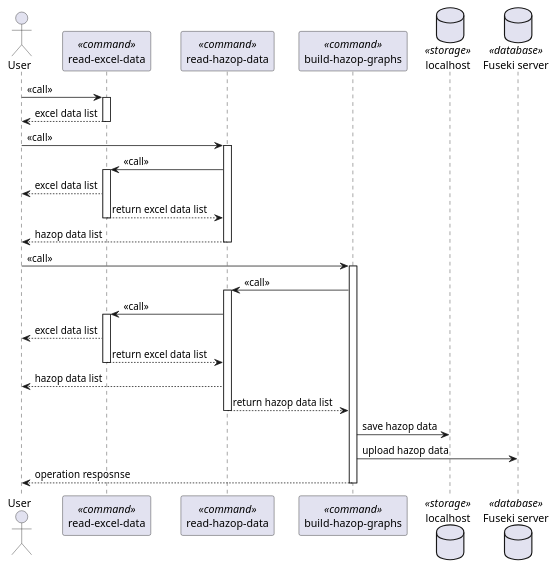
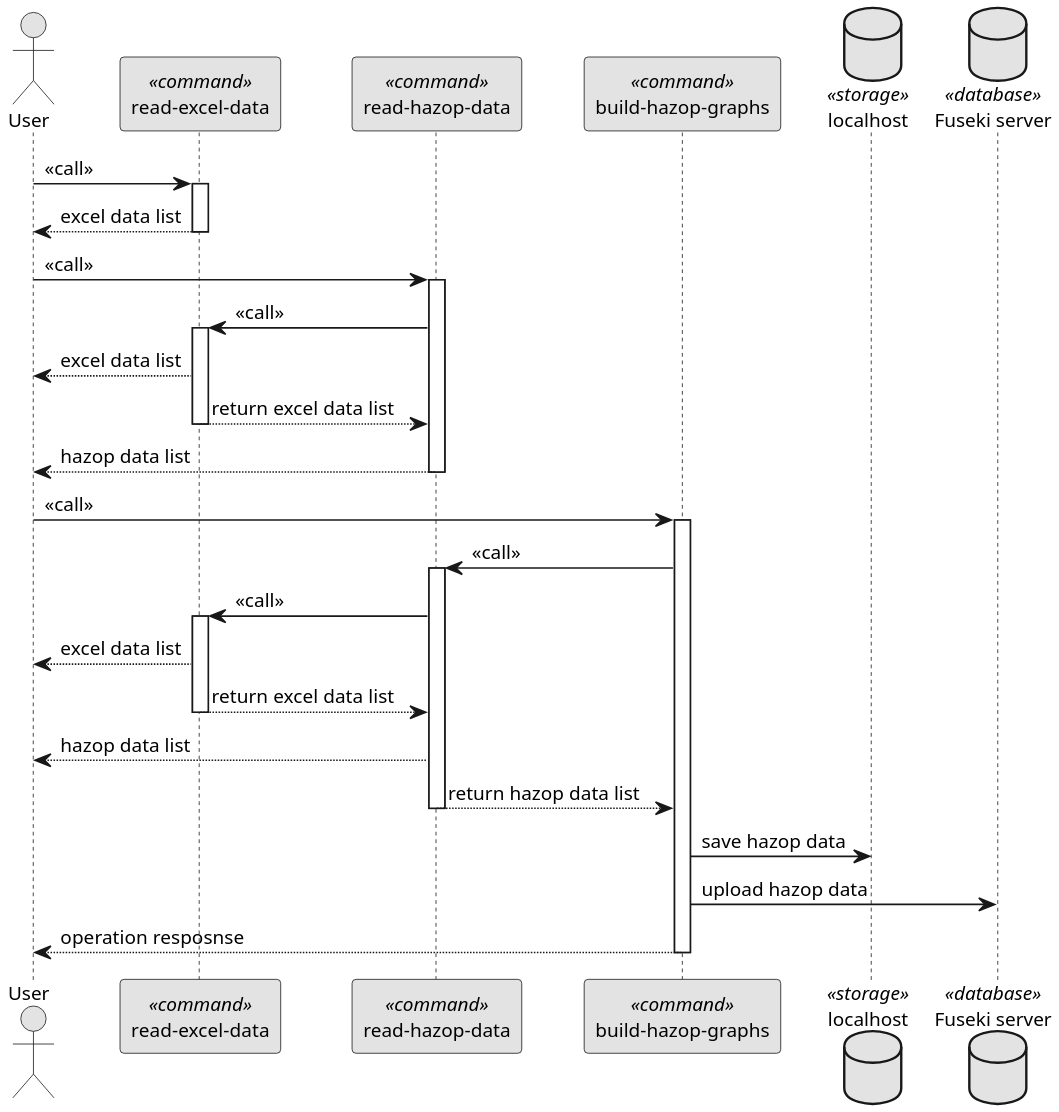
The diagram in docs/plantuml/sequence_importer.puml (dmytkost/HAZOP2RDF), drawn with PlantUML before and after one commit. The commit also changed 18 other files, not shown here.

```diff
--- a/docs/plantuml/sequence_importer.puml
+++ b/docs/plantuml/sequence_importer.puml
@@ -1,51 +1,55 @@
 @startuml Diagram1
+skinparam monochrome true
+skinparam dpi 200
+skinparam defaultFontSize 12
+
 actor User
 
 participant "read-excel-data" as ReadExcelData << command >>
 participant "read-hazop-data" as ReadHazopData << command >>
 participant "build-hazop-graphs" as BuildHazopGraphs << command >>
 
 database "localhost" as Localhost << storage >>
 database "Fuseki server" as Fuseki << database >>
 
 User -> ReadExcelData: << call >>
 activate ReadExcelData
 
 ReadExcelData --> User: excel data list
 deactivate ReadExcelData
 
 User -> ReadHazopData: << call >>
 activate ReadHazopData
 
 ReadHazopData -> ReadExcelData: << call >>
 activate ReadExcelData
 
 ReadExcelData --> User: excel data list
 ReadExcelData --> ReadHazopData: return excel data list
 deactivate ReadExcelData
 
 ReadHazopData --> User: hazop data list
 deactivate ReadHazopData
 
 User -> BuildHazopGraphs: << call >>
 activate BuildHazopGraphs
 
 BuildHazopGraphs -> ReadHazopData: << call >>
 activate ReadHazopData
 
 ReadHazopData -> ReadExcelData: << call >>
 activate ReadExcelData
 
 ReadExcelData --> User: excel data list
 ReadExcelData --> ReadHazopData: return excel data list
 deactivate ReadExcelData
 
 ReadHazopData --> User: hazop data list
 ReadHazopData --> BuildHazopGraphs: return hazop data list
 deactivate ReadHazopData
 
 BuildHazopGraphs -> Localhost: save hazop data
 BuildHazopGraphs -> Fuseki: upload hazop data
 BuildHazopGraphs --> User: operation resposnse
 deactivate BuildHazopGraphs
 @enduml
```
